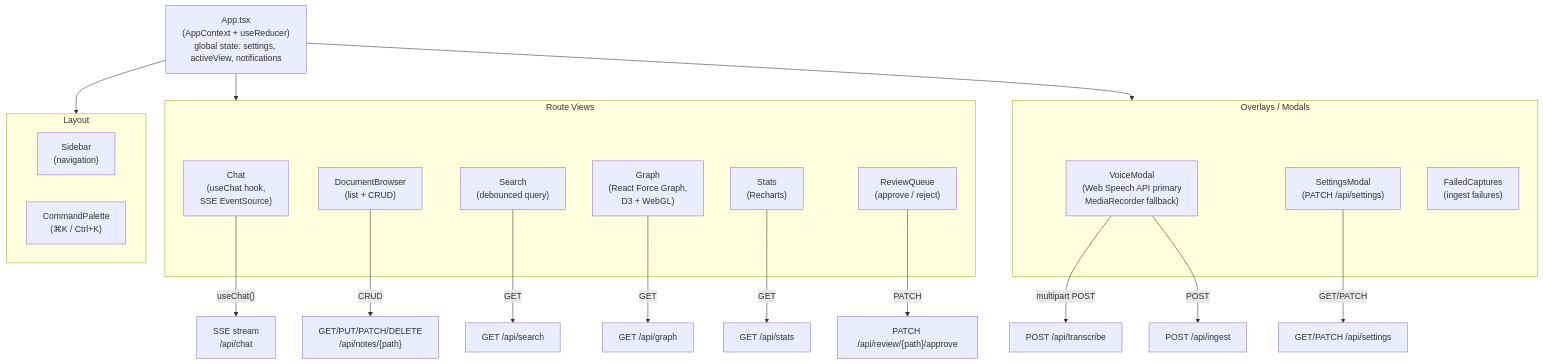
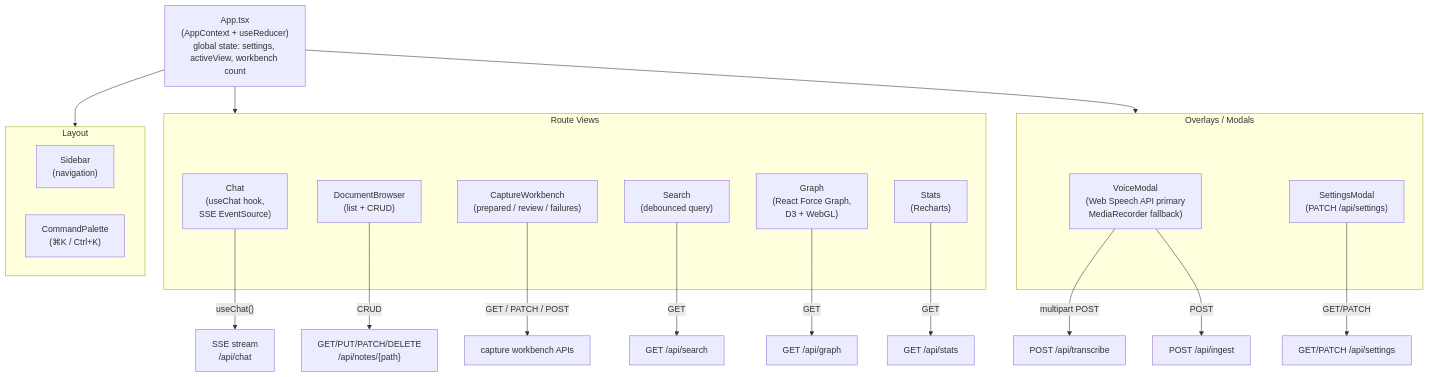
The sixth of 12 diagrams in docs/architecture.md (epopisces/monocle), drawn with Mermaid before and after one commit. The commit also changed other lines of this file and 49 other files, not shown here.

````diff
--- a/docs/architecture.md
+++ b/docs/architecture.md
@@ -348,38 +347,37 @@
 ```mermaid
 graph TD
-    APP["App.tsx<br/>(AppContext + useReducer)<br/>global state: settings, activeView, notifications"]
+    APP["App.tsx<br/>(AppContext + useReducer)<br/>global state: settings, activeView, workbench count"]
 
     subgraph LAYOUT["Layout"]
         SB["Sidebar<br/>(navigation)"]
         CMD["CommandPalette<br/>(⌘K / Ctrl+K)"]
     end
 
     subgraph VIEWS["Route Views"]
         CHAT_V["Chat<br/>(useChat hook,<br/>SSE EventSource)"]
         DB_V["DocumentBrowser<br/>(list + CRUD)"]
+        WORKBENCH_V["CaptureWorkbench<br/>(prepared / review / failures)"]
         SEARCH_V["Search<br/>(debounced query)"]
         GRAPH_V["Graph<br/>(React Force Graph,<br/>D3 + WebGL)"]
         STATS_V["Stats<br/>(Recharts)"]
-        REVIEW_V["ReviewQueue<br/>(approve / reject)"]
     end
 
     subgraph OVERLAYS["Overlays / Modals"]
         VOICE_M["VoiceModal<br/>(Web Speech API primary<br/>MediaRecorder fallback)"]
         SETTINGS_M["SettingsModal<br/>(PATCH /api/settings)"]
-        FAILED_C["FailedCaptures<br/>(ingest failures)"]
     end
 
     APP --> LAYOUT
     APP --> VIEWS
     APP --> OVERLAYS
 
     CHAT_V -->|"useChat()"| SSE["SSE stream<br/>/api/chat"]
-    VOICE_M -->|"multipart POST"| TRANS["POST /api/transcribe"]
-    VOICE_M -->|"POST"| INGEST["POST /api/ingest"]
-    SEARCH_V -->|"GET"| SRCH["GET /api/search"]
-    GRAPH_V -->|"GET"| GRPH["GET /api/graph"]
-    STATS_V -->|"GET"| STTS["GET /api/stats"]
-    REVIEW_V -->|"PATCH"| RVIEW["PATCH /api/review/{path}/approve"]
-    DB_V -->|"CRUD"| NOTES["GET/PUT/PATCH/DELETE<br/>/api/notes/{path}"]
-    SETTINGS_M -->|"GET/PATCH"| STNGS["GET/PATCH /api/settings"]
+    VOICE_M -->|multipart POST| TRANS["POST /api/transcribe"]
+    VOICE_M -->|POST| INGEST["POST /api/ingest"]
+    WORKBENCH_V -->|GET / PATCH / POST| WB["capture workbench APIs"]
+    SEARCH_V -->|GET| SRCH["GET /api/search"]
+    GRAPH_V -->|GET| GRPH["GET /api/graph"]
+    STATS_V -->|GET| STTS["GET /api/stats"]
+    DB_V -->|CRUD| NOTES["GET/PUT/PATCH/DELETE<br/>/api/notes/{path}"]
+    SETTINGS_M -->|GET/PATCH| STNGS["GET/PATCH /api/settings"]
 ```
````
